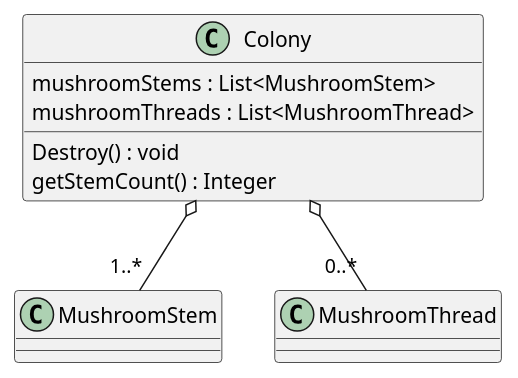
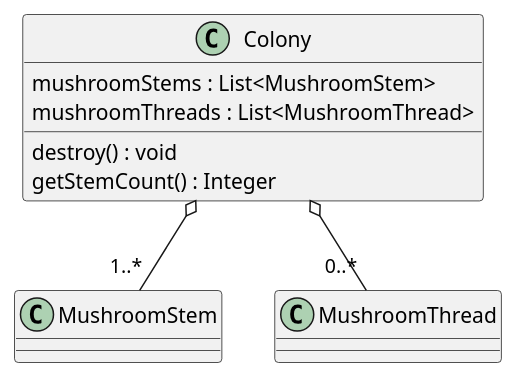
The diagram in 3/classes/colony.puml (Petya-G/fungorium), drawn with PlantUML before and after one commit. The commit also changed 6 other files, not shown here.

```diff
--- a/3/classes/colony.puml
+++ b/3/classes/colony.puml
@@ -1,13 +1,13 @@
 @startuml colony
 
 'Entity <|-- Colony
 Colony o-- "1..*" MushroomStem
 Colony o-- "0..*" MushroomThread
 class Colony{
     mushroomStems : List<MushroomStem>
     mushroomThreads : List<MushroomThread>
 
-    Destroy() : void
+    destroy() : void
     getStemCount() : Integer
 }
 @enduml
```
